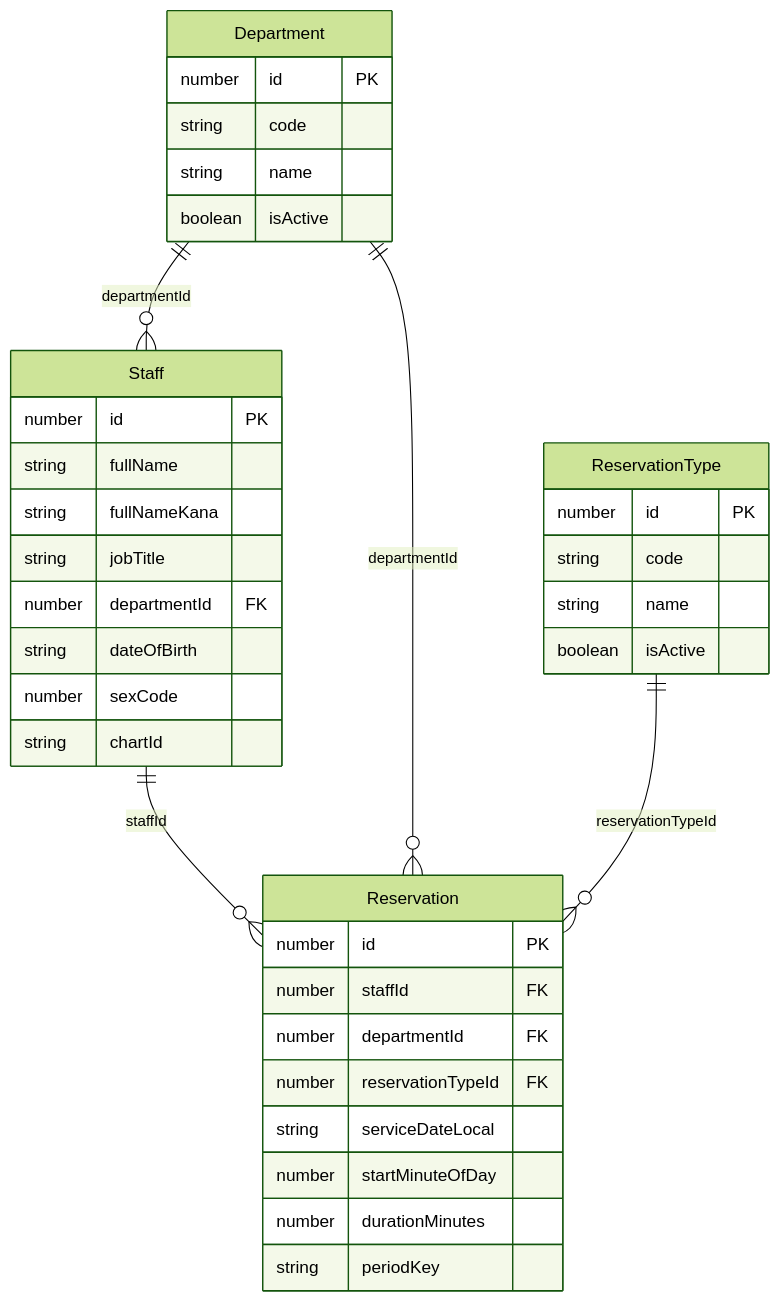
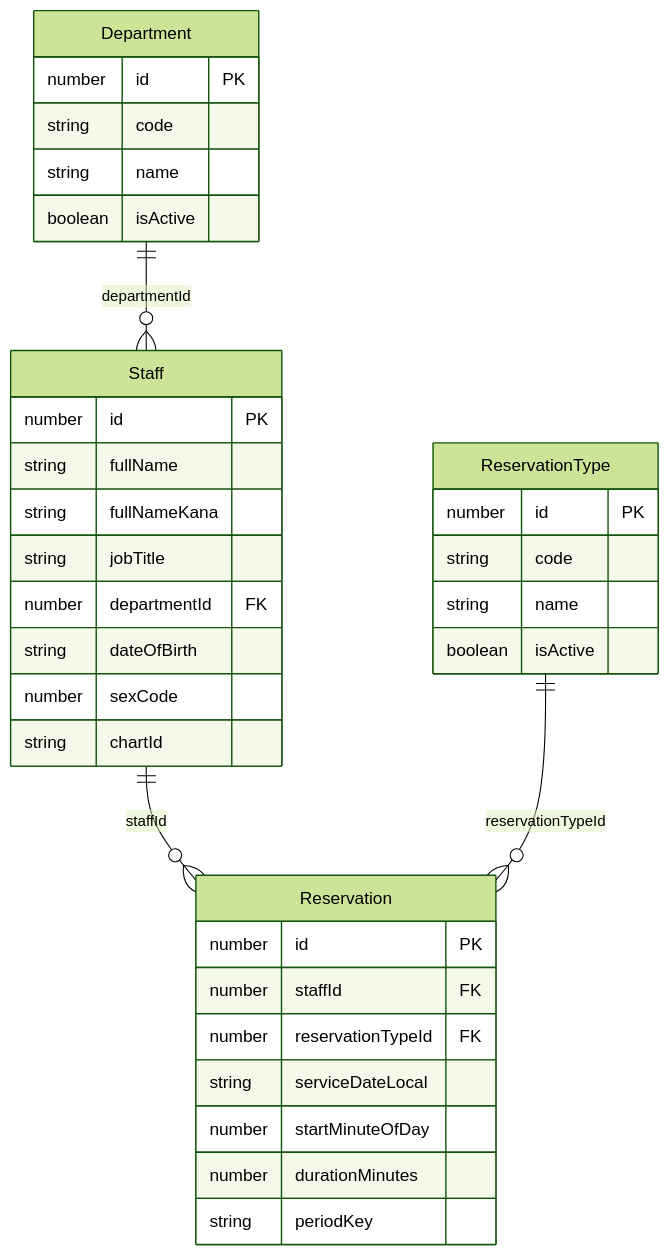
The diagram in docs/data-specification.md (reisy1999/reserve-api), drawn with Mermaid (forest theme) before and after one commit. The commit also changed other lines of this file and 20 other files, not shown here.

````diff
--- a/docs/data-specification.md
+++ b/docs/data-specification.md
@@ -126,40 +144,38 @@
 ```mermaid
 erDiagram
   Staff ||--o{ Reservation : "staffId"
   Department ||--o{ Staff : "departmentId"
-  Department ||--o{ Reservation : "departmentId"
   ReservationType ||--o{ Reservation : "reservationTypeId"
 
   Staff {
     number id PK
     string fullName
     string fullNameKana
     string jobTitle
     number departmentId FK
     string dateOfBirth
     number sexCode
     string chartId
   }
   Department {
     number id PK
     string code
     string name
     boolean isActive
   }
   ReservationType {
     number id PK
     string code
     string name
     boolean isActive
   }
   Reservation {
     number id PK
     number staffId FK
-    number departmentId FK
     number reservationTypeId FK
     string serviceDateLocal
     number startMinuteOfDay
     number durationMinutes
     string periodKey
   }
 ```
````
